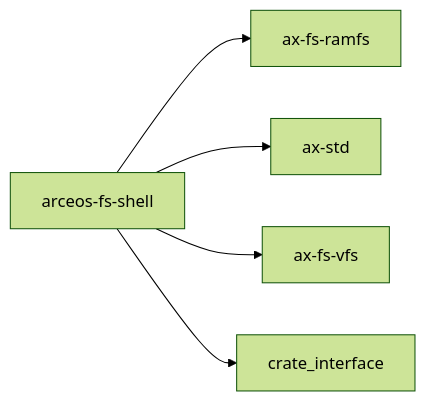
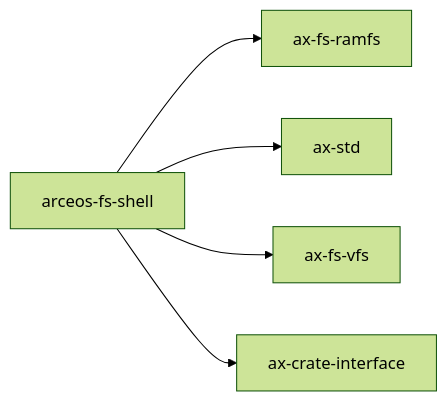
One commit to zKurisu/tgoskits changed the diagram in docs/crates/arceos-fs-shell.md. Above: the diagram before and after it, drawn with Mermaid (forest theme). The commit also changed other lines of this file and 65 other files, not shown here.

Commit message:
rename crate_interface to ax-crate-interface

````diff
--- a/docs/crates/arceos-fs-shell.md
+++ b/docs/crates/arceos-fs-shell.md
@@ -32,8 +32,8 @@
 ```mermaid
 graph LR
     current["arceos-fs-shell"]
     current --> ax_fs_ramfs["ax-fs-ramfs"]
     current --> ax_std["ax-std"]
     current --> axfs_vfs["ax-fs-vfs"]
-    current --> crate_interface["crate_interface"]
+    current --> ax_crate_interface["ax-crate-interface"]
 ```
````
